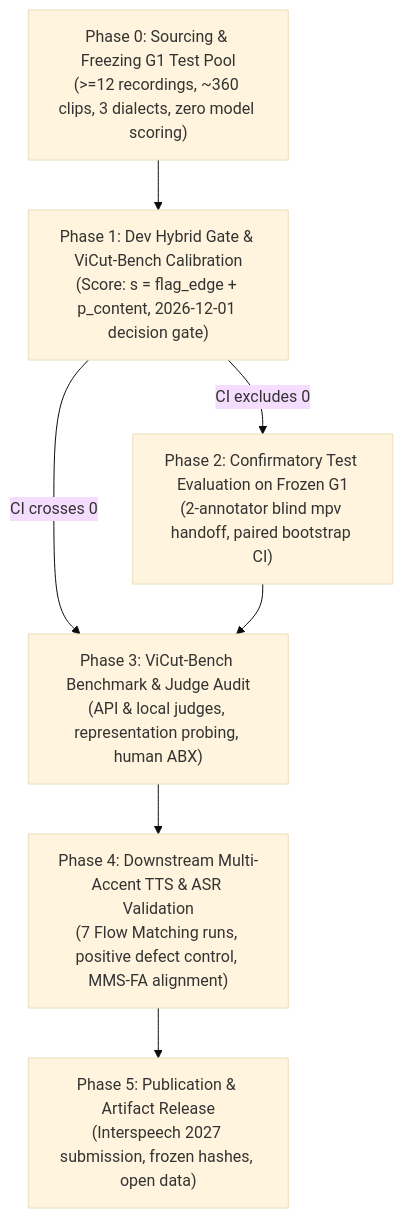
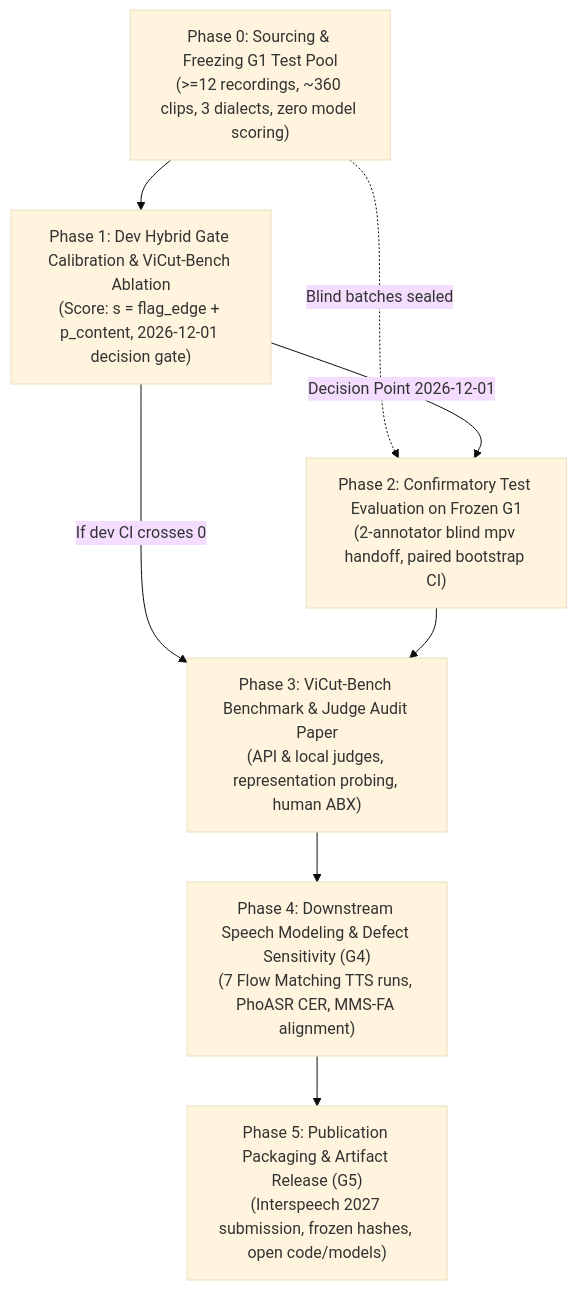
Before and after one commit to tungnguyenlam/audio-prepare-pipeline-redo: the diagram in PLAN.md, drawn with Mermaid (base theme). The commit also changed other lines of this file and 1 other file, not shown here.

````diff
--- a/PLAN.md
+++ b/PLAN.md
@@ -11,9 +13,10 @@
 ```mermaid
 flowchart TD
-    P0["Phase 0: Sourcing & Freezing G1 Test Pool\n(>=12 recordings, ~360 clips, 3 dialects, zero model scoring)"] --> P1["Phase 1: Dev Hybrid Gate & ViCut-Bench Calibration\n(Score: s = flag_edge + p_content, 2026-12-01 decision gate)"]
-    P1 -->|CI excludes 0| P2["Phase 2: Confirmatory Test Evaluation on Frozen G1\n(2-annotator blind mpv handoff, paired bootstrap CI)"]
-    P1 -->|CI crosses 0| P3["Phase 3: ViCut-Bench Benchmark & Judge Audit\n(API & local judges, representation probing, human ABX)"]
+    P0["Phase 0: Sourcing & Freezing G1 Test Pool\n(>=12 recordings, ~360 clips, 3 dialects, zero model scoring)"] --> P1["Phase 1: Dev Hybrid Gate Calibration & ViCut-Bench Ablation\n(Score: s = flag_edge + p_content, 2026-12-01 decision gate)"]
+    P0 -.->|Blind batches sealed| P2["Phase 2: Confirmatory Test Evaluation on Frozen G1\n(2-annotator blind mpv handoff, paired bootstrap CI)"]
+    P1 -->|Decision Point 2026-12-01| P2
+    P1 -->|If dev CI crosses 0| P3["Phase 3: ViCut-Bench Benchmark & Judge Audit Paper\n(API & local judges, representation probing, human ABX)"]
     P2 --> P3
-    P3 --> P4["Phase 4: Downstream Multi-Accent TTS & ASR Validation\n(7 Flow Matching runs, positive defect control, MMS-FA alignment)"]
-    P4 --> P5["Phase 5: Publication & Artifact Release\n(Interspeech 2027 submission, frozen hashes, open data)"]
+    P3 --> P4["Phase 4: Downstream Speech Modeling & Defect Sensitivity (G4)\n(7 Flow Matching TTS runs, PhoASR CER, MMS-FA alignment)"]
+    P4 --> P5["Phase 5: Publication Packaging & Artifact Release (G5)\n(Interspeech 2027 submission, frozen hashes, open code/models)"]
 ```
````
